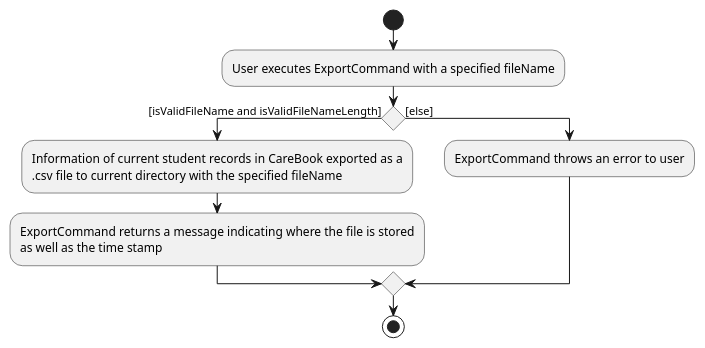
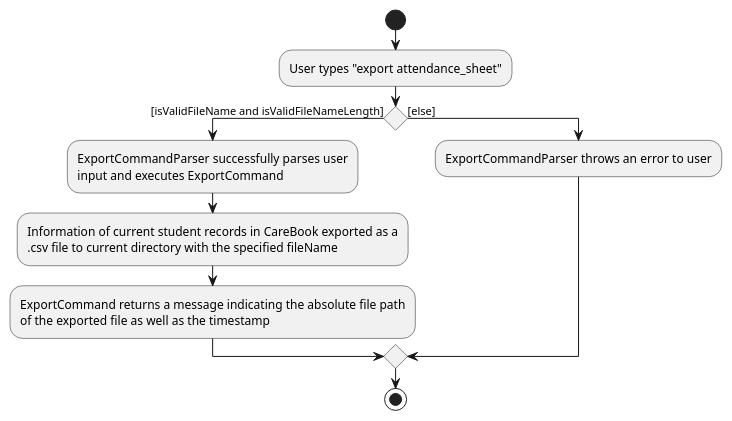
The diagram in docs/diagrams/ExportCommand.puml (WeiHungLoh/tp), drawn with PlantUML before and after one commit. The commit also changed 6 other files, not shown here.

```diff
--- a/docs/diagrams/ExportCommand.puml
+++ b/docs/diagrams/ExportCommand.puml
@@ -1,13 +1,15 @@
 @startuml
 start
-:User executes ExportCommand with a specified fileName;
+:User types "export attendance_sheet";
 if () then ([isValidFileName and isValidFileNameLength])
+    :ExportCommandParser successfully parses user
+    input and executes ExportCommand;
     :Information of current student records in CareBook exported as a
     .csv file to current directory with the specified fileName;
-    :ExportCommand returns a message indicating where the file is stored
-    as well as the time stamp;
+    :ExportCommand returns a message indicating the absolute file path
+    of the exported file as well as the timestamp;
 else ([else])
-:ExportCommand throws an error to user;
+:ExportCommandParser throws an error to user;
 endif
 stop
 @enduml
```
